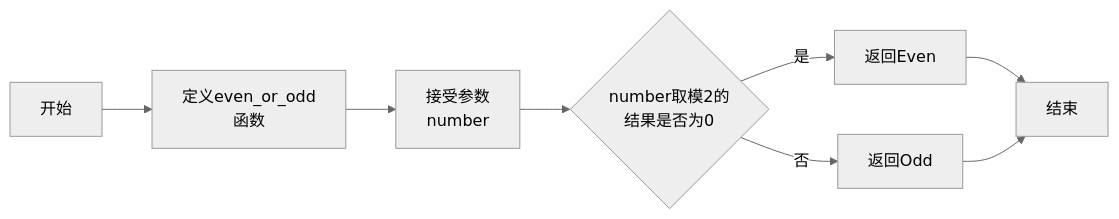
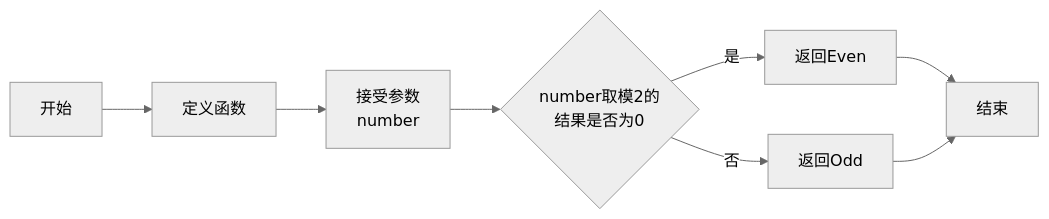
Before and after one commit to RonaWhite/python: the third of 3 diagrams in experiment2.md, drawn with Mermaid (neutral theme).

````diff
--- a/experiment2.md
+++ b/experiment2.md
@@ -519,13 +519,12 @@
 ```mermaid
-flowchart LR;
-    A[开始] --> B[定义even_or_odd
-    函数]
+flowchart LR
+    A[开始] --> B[定义函数]
     B --> C[接受参数
     number]
     C --> D{number取模2的
     结果是否为0}
     D --> |是| E[返回Even]
     D --> |否| F[返回Odd]
     E --> G[结束]
     F --> G
 ```
````
